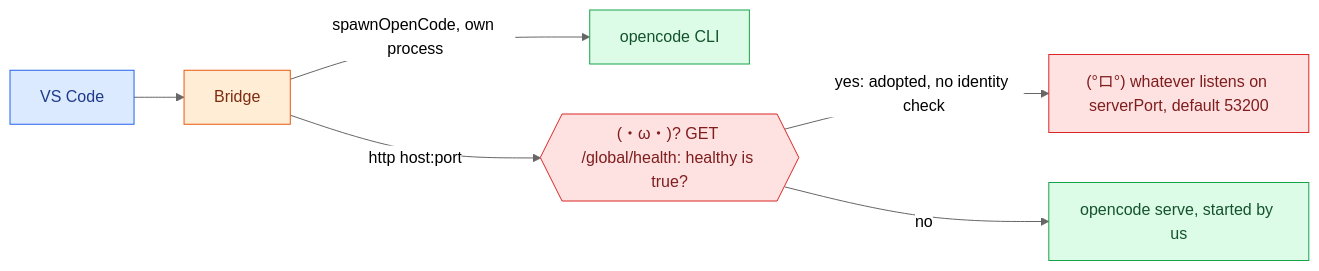
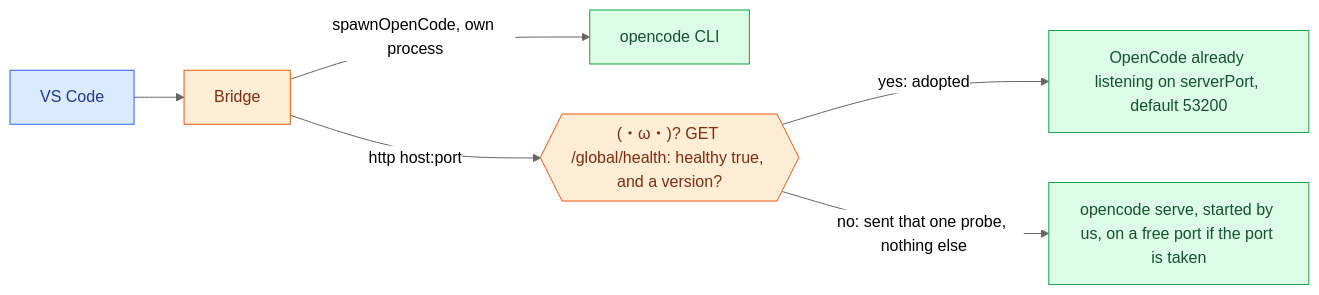
One commit to Artsrun/oc-copilot changed the diagram in docs/flow/06-trust-and-tradeoffs.md. Above: the diagram before and after it, drawn with Mermaid (neutral theme). The commit also changed other lines of this file and 46 other files, not shown here.

````diff
--- a/docs/flow/06-trust-and-tradeoffs.md
+++ b/docs/flow/06-trust-and-tradeoffs.md
@@ -7,13 +7,13 @@
 ```mermaid
 flowchart LR
   classDef host fill:#dbeafe,stroke:#2563eb,color:#1e3a8a
   classDef bridge fill:#ffedd5,stroke:#ea580c,color:#7c2d12
   classDef oc fill:#dcfce7,stroke:#16a34a,color:#14532d
   classDef risk fill:#fee2e2,stroke:#dc2626,color:#7f1d1d
 
   VS["VS Code"]:::host --> BR["Bridge"]:::bridge
   BR -->|spawnOpenCode, own process| CLI["opencode CLI"]:::oc
-  BR -->|http host:port| HC{{"(・ω・)? GET /global/health: healthy is true?"}}:::risk
-  HC -->|yes: adopted, no identity check| LS["(°ロ°) whatever listens on serverPort, default 53200"]:::risk
-  HC -->|no| SV["opencode serve, started by us"]:::oc
+  BR -->|http host:port| HC{{"(・ω・)? GET /global/health: healthy true, and a version?"}}:::bridge
+  HC -->|yes: adopted| LS["OpenCode already listening on serverPort, default 53200"]:::oc
+  HC -->|no: sent that one probe, nothing else| SV["opencode serve, started by us, on a free port if the port is taken"]:::oc
 ```
````
